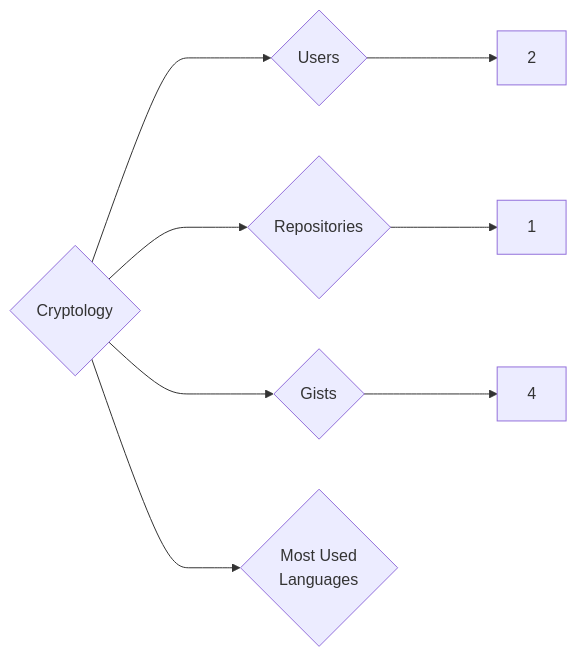
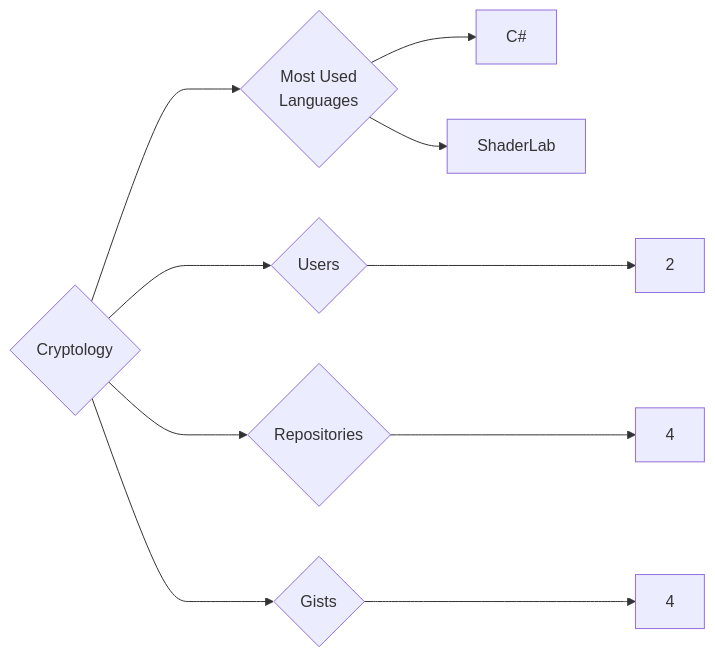
One commit to trickest/insiders changed the diagram in targets/Cryptology/README.md. Above: the diagram before and after it, drawn with Mermaid. The commit also changed 1007 other files, not shown here.

````diff
--- a/targets/Cryptology/README.md
+++ b/targets/Cryptology/README.md
@@ -3,8 +3,10 @@
 ```mermaid
 graph LR
 COMPANY_NAME{Cryptology}
 COMPANY_NAME ---> U{Users} ---> UN[2]
-COMPANY_NAME ---> R{Repositories} ---> RN[1]
+COMPANY_NAME ---> R{Repositories} ---> RN[4]
 COMPANY_NAME ---> G{Gists} ---> GN[4]
 COMPANY_NAME ---> ML{Most Used<br>Languages}
+ML --> C#[C#]
+ML --> ShaderLab[ShaderLab]
 ```
````
